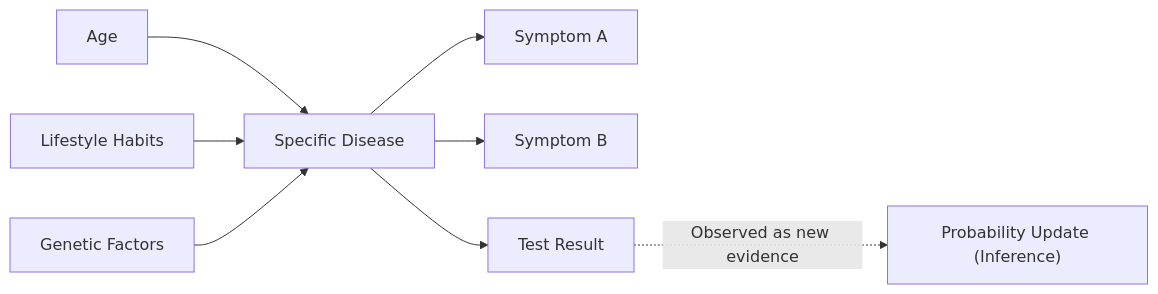
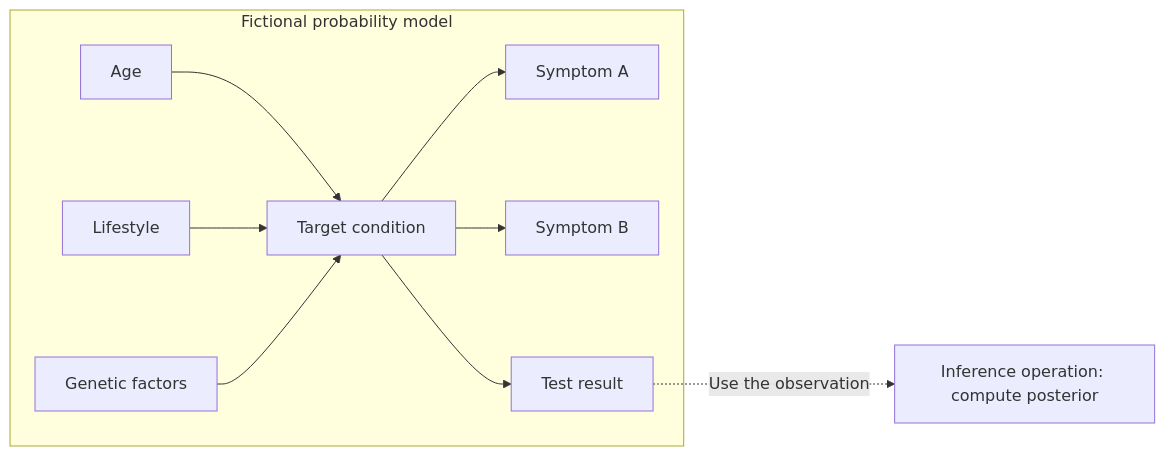
Before and after one commit to kenjinote/blog: the second of 2 diagrams in content/post/bayes-theorem/index.en.md, drawn with Mermaid. The commit also changed other lines of this file and 10 other files, not shown here.

````diff
--- a/content/post/bayes-theorem/index.en.md
+++ b/content/post/bayes-theorem/index.en.md
@@ -116,12 +161,12 @@
 ```mermaid
 flowchart LR
-    Age["Age"] --> Disease["Specific Disease"]
-    Lifestyle["Lifestyle Habits"] --> Disease
-    Genes["Genetic Factors"] --> Disease
-    
-    Disease --> SymptomA["Symptom A"]
-    Disease --> SymptomB["Symptom B"]
-    Disease --> TestResult["Test Result"]
-    
-    TestResult -.->|"Observed as new evidence"| Update["Probability Update (Inference)"]
+    subgraph Model["Fictional probability model"]
+        Age["Age"] --> Disease["Target condition"]
+        Lifestyle["Lifestyle"] --> Disease
+        Genes["Genetic factors"] --> Disease
+        Disease --> SymptomA["Symptom A"]
+        Disease --> SymptomB["Symptom B"]
+        Disease --> TestResult["Test result"]
+    end
+    TestResult -.->|"Use the observation"| Inference["Inference operation: compute posterior"]
 ```
````
